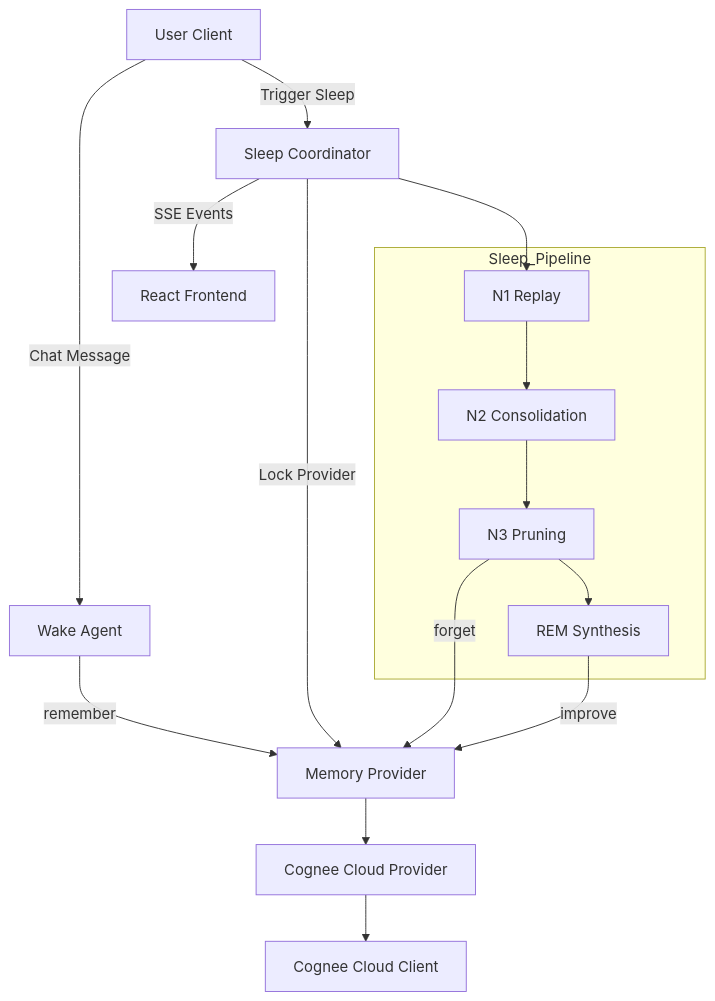
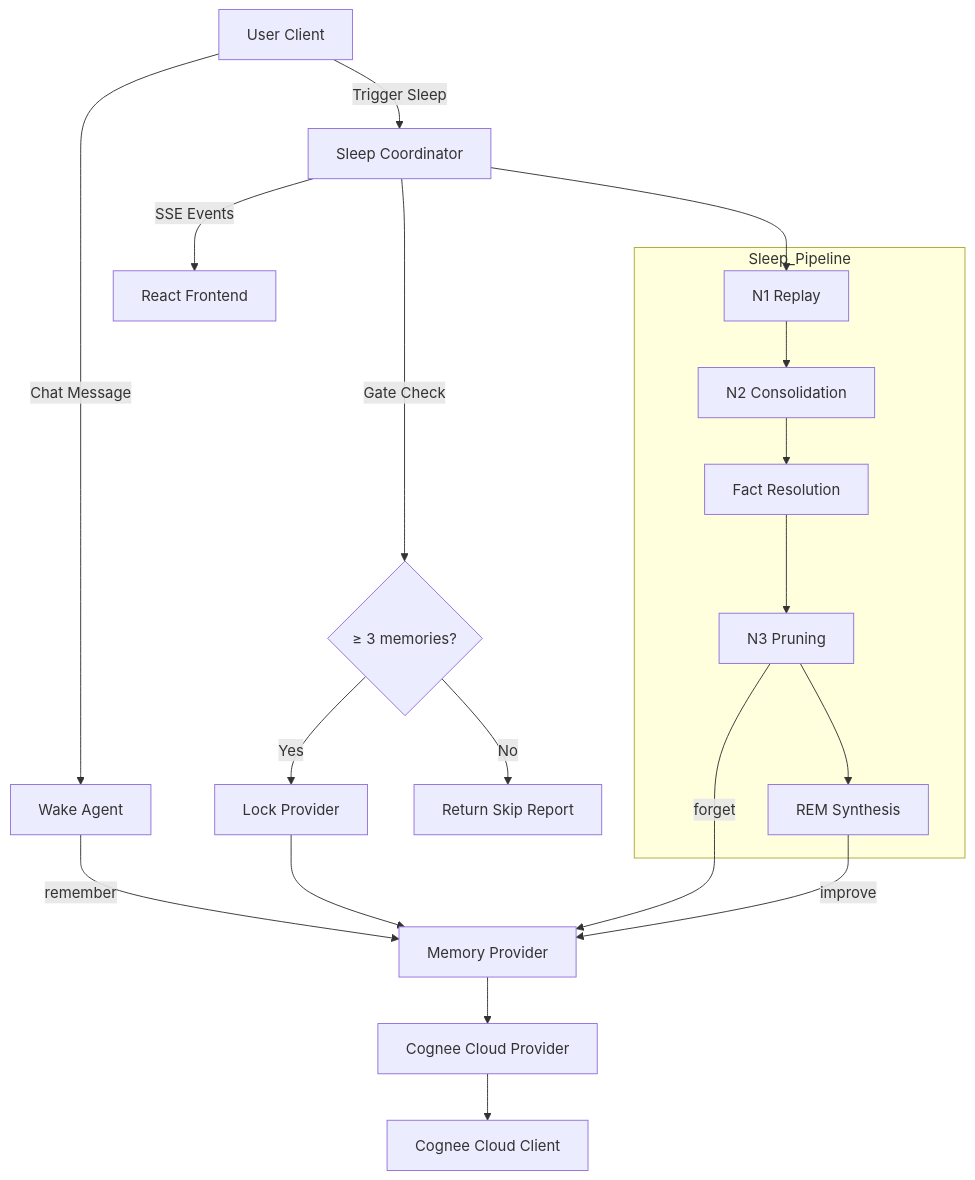
The diagram in README.md (SaiNanduVajhala/oneiros), drawn with Mermaid before and after one commit. The commit also changed other lines of this file and 20 other files, not shown here.

Commit message:
feat: implement full-stack dream and memory management architecture with backend coordination and frontend visualization state hooks

````diff
--- a/README.md
+++ b/README.md
@@ -83,24 +86,28 @@
 ```mermaid
 graph TD
     User["User Client"] -->|Chat Message| WakeAgent["Wake Agent"]
     WakeAgent -->|remember| Provider["Memory Provider"]
 
     User -->|Trigger Sleep| SleepCoordinator["Sleep Coordinator"]
-    SleepCoordinator -->|Lock Provider| Provider
+    SleepCoordinator -->|Gate Check| Gate{"≥ 3 memories?"}
+    Gate -->|No| Skip["Return Skip Report"]
+    Gate -->|Yes| Lock["Lock Provider"]
+    Lock --> Provider
 
     subgraph Sleep_Pipeline
         Replay["N1 Replay"] --> Consolidation["N2 Consolidation"]
-        Consolidation --> Pruning["N3 Pruning"]
+        Consolidation --> FactRes["Fact Resolution"]
+        FactRes --> Pruning["N3 Pruning"]
         Pruning --> REM["REM Synthesis"]
     end
 
     SleepCoordinator --> Replay
 
     Pruning -->|forget| Provider
     REM -->|improve| Provider
 
     Provider --> CloudProvider["Cognee Cloud Provider"]
     CloudProvider --> CogneeClient["Cognee Cloud Client"]
 
     SleepCoordinator -->|SSE Events| Frontend["React Frontend"]
 ```
````
